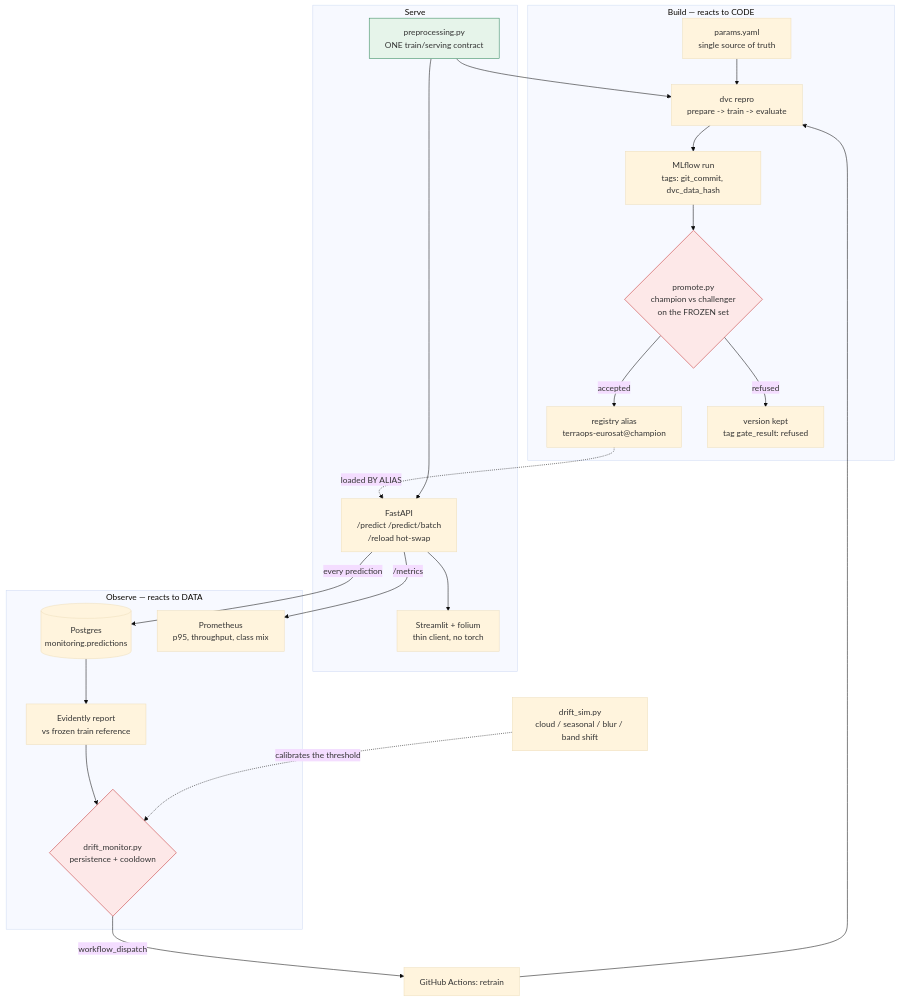
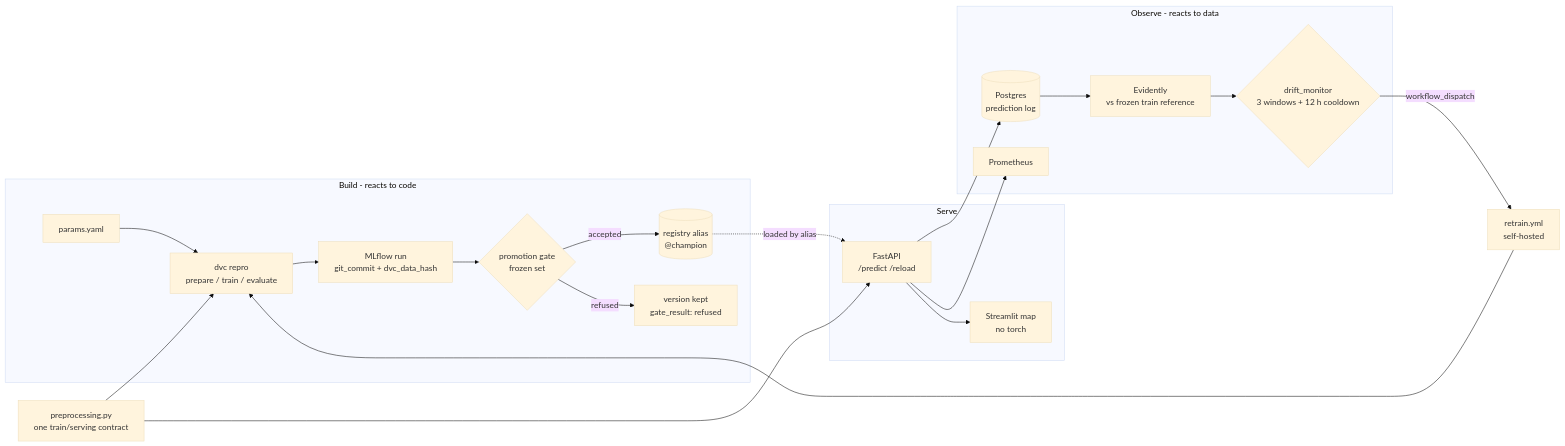
Before and after one commit to D-Arslan/terraops: the diagram in README.md, drawn with Mermaid (base theme). The commit also changed other lines of this file, not shown here.

````diff
--- a/README.md
+++ b/README.md
@@ -22,34 +55,24 @@
 ```mermaid
-flowchart TB
-    subgraph BUILD["Build — reacts to CODE"]
-        PARAMS[params.yaml<br/>single source of truth]
-        PARAMS --> DVC
-        DVC[dvc repro<br/>prepare -> train -> evaluate]
-        DVC --> RUN[MLflow run<br/>tags: git_commit, dvc_data_hash]
-        RUN --> GATE{promote.py<br/>champion vs challenger<br/>on the FROZEN set}
-        GATE -->|accepted| ALIAS[registry alias<br/>terraops-eurosat@champion]
-        GATE -->|refused| KEEP[version kept<br/>tag gate_result: refused]
+flowchart LR
+    subgraph BUILD["Build - reacts to code"]
+        P[params.yaml] --> D[dvc repro<br/>prepare / train / evaluate]
+        D --> R[MLflow run<br/>git_commit + dvc_data_hash]
+        R --> G{promotion gate<br/>frozen set}
+        G -- accepted --> A[(registry alias<br/>@champion)]
+        G -- refused --> K[version kept<br/>gate_result: refused]
     end
-
     subgraph SERVE["Serve"]
-        ALIAS -.loaded BY ALIAS.-> API[FastAPI<br/>/predict /predict/batch<br/>/reload hot-swap]
-        API --> UI[Streamlit + folium<br/>thin client, no torch]
-        PRE[preprocessing.py<br/>ONE train/serving contract] --> API
-        PRE --> DVC
+        A -. loaded by alias .-> API[FastAPI<br/>/predict  /reload]
+        API --> UI[Streamlit map<br/>no torch]
     end
-
-    subgraph OBSERVE["Observe — reacts to DATA"]
-        API -->|every prediction| LOG[(Postgres<br/>monitoring.predictions)]
-        API -->|/metrics| PROM[Prometheus<br/>p95, throughput, class mix]
-        LOG --> EVID[Evidently report<br/>vs frozen train reference]
-        EVID --> MON{drift_monitor.py<br/>persistence + cooldown}
+    subgraph OBSERVE["Observe - reacts to data"]
+        API --> LOG[(Postgres<br/>prediction log)]
+        API --> PROM[Prometheus]
+        LOG --> EV[Evidently<br/>vs frozen train reference]
+        EV --> MON{drift_monitor<br/>3 windows + 12 h cooldown}
     end
-
-    MON -->|workflow_dispatch| CT[GitHub Actions: retrain]
-    CT --> DVC
-    SIM[drift_sim.py<br/>cloud / seasonal / blur / band shift] -.calibrates the threshold.-> MON
-
-    style GATE fill:#fde8e8,stroke:#c53030
-    style MON fill:#fde8e8,stroke:#c53030
-    style PRE fill:#e6f4ea,stroke:#2f855a
+    MON -- workflow_dispatch --> CT[retrain.yml<br/>self-hosted]
+    CT --> D
+    PRE[preprocessing.py<br/>one train/serving contract] --> D
+    PRE --> API
 ```
````
